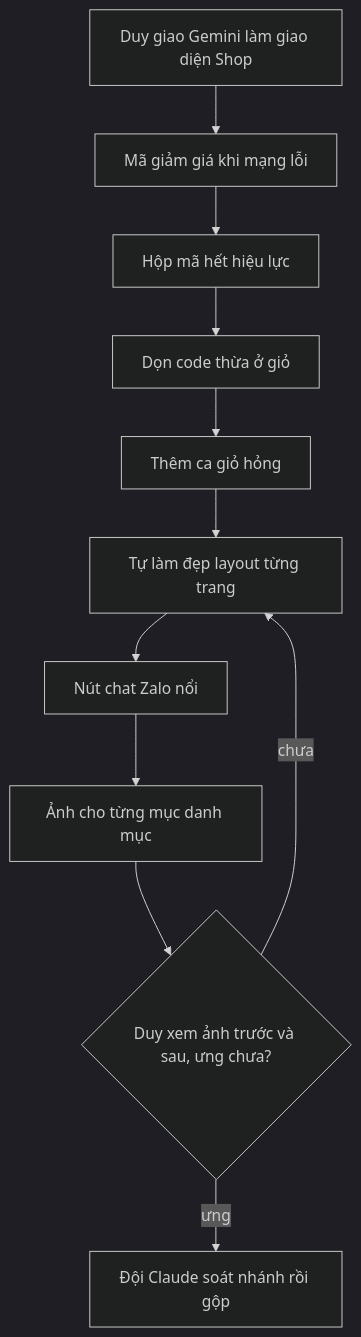
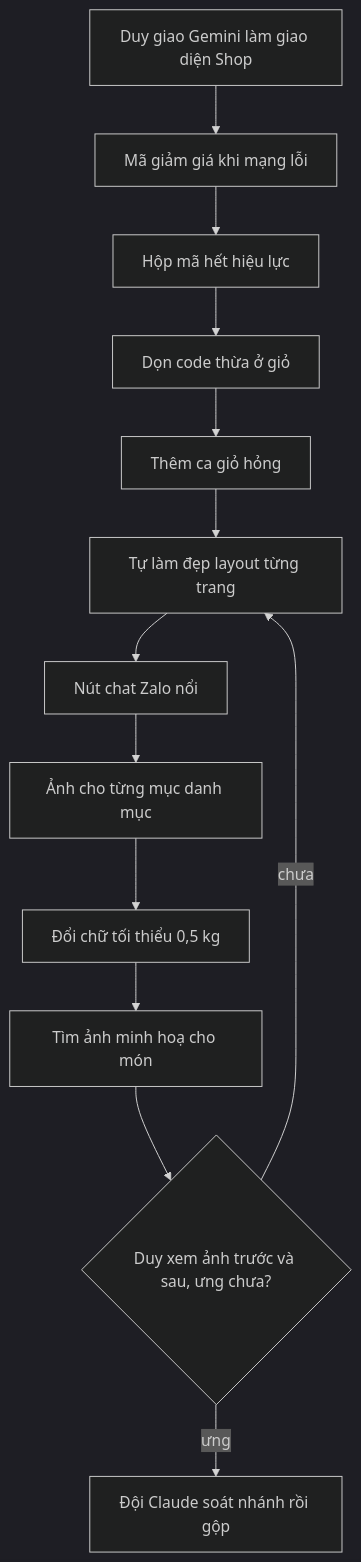
One commit to DuyduyFedev46/fish changed the diagram in doc/features/2026-11-11-shop-ui-gemini/02c-giao-viec.md. Above: the diagram before and after it, drawn with Mermaid (dark theme). The commit also changed other lines of this file and 2 other files, not shown here.

Commit message:
doc: ghi quyết định 14/11 (tối thiểu 0,5 kg, danh mục, Excel mặt hàng, ảnh minh hoạ), giao Gemini GUI-08 và GUI-09, bản phân tích BA FISH-66

````diff
--- a/doc/features/2026-11-11-shop-ui-gemini/02c-giao-viec.md
+++ b/doc/features/2026-11-11-shop-ui-gemini/02c-giao-viec.md
@@ -3,13 +3,15 @@
 ```mermaid
 flowchart TD
   A["Duy giao Gemini làm giao diện Shop"] --> V1["Mã giảm giá khi mạng lỗi"]
   V1 --> V2["Hộp mã hết hiệu lực"]
   V2 --> V3["Dọn code thừa ở giỏ"]
   V3 --> V4["Thêm ca giỏ hỏng"]
   V4 --> V5["Tự làm đẹp layout từng trang"]
   V5 --> V6["Nút chat Zalo nổi"]
   V6 --> V7["Ảnh cho từng mục danh mục"]
-  V7 --> D{"Duy xem ảnh trước và sau, ưng chưa?"}
+  V7 --> V8["Đổi chữ tối thiểu 0,5 kg"]
+  V8 --> V9["Tìm ảnh minh hoạ cho món"]
+  V9 --> D{"Duy xem ảnh trước và sau, ưng chưa?"}
   D -- "chưa" --> V5
   D -- "ưng" --> R["Đội Claude soát nhánh rồi gộp"]
 ```
````
